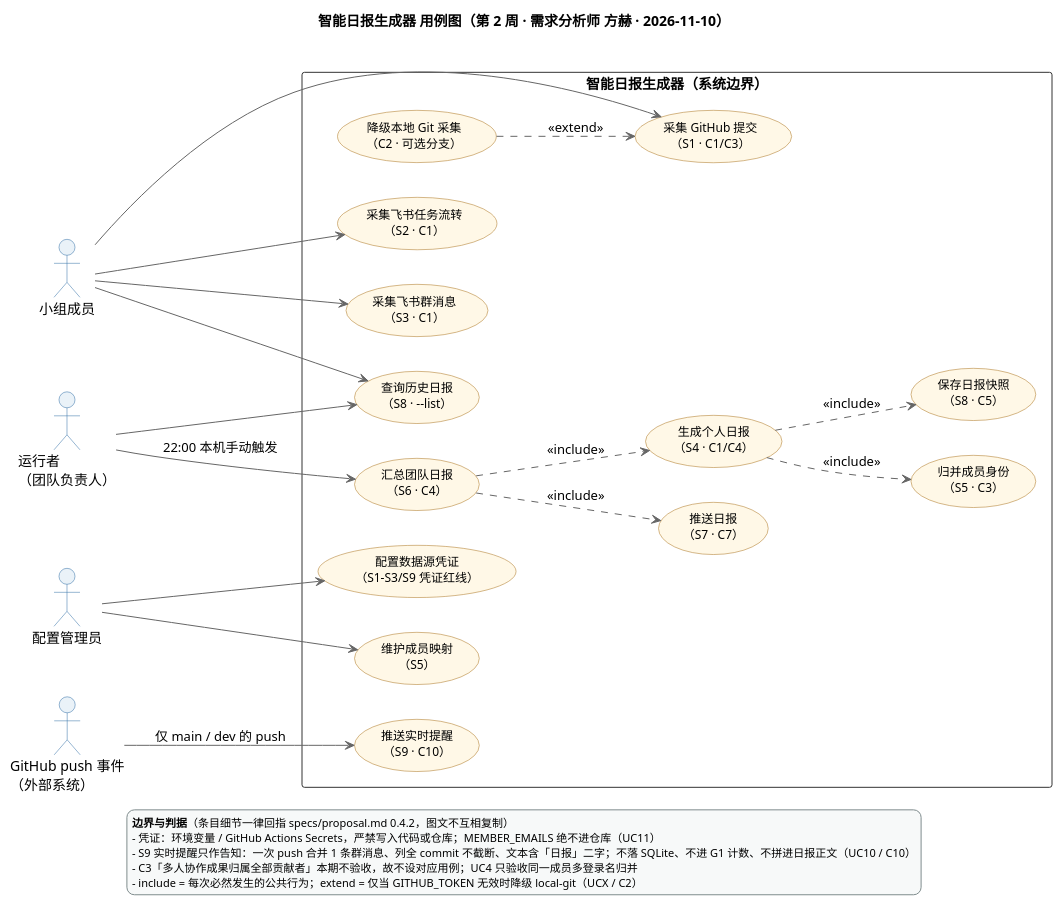
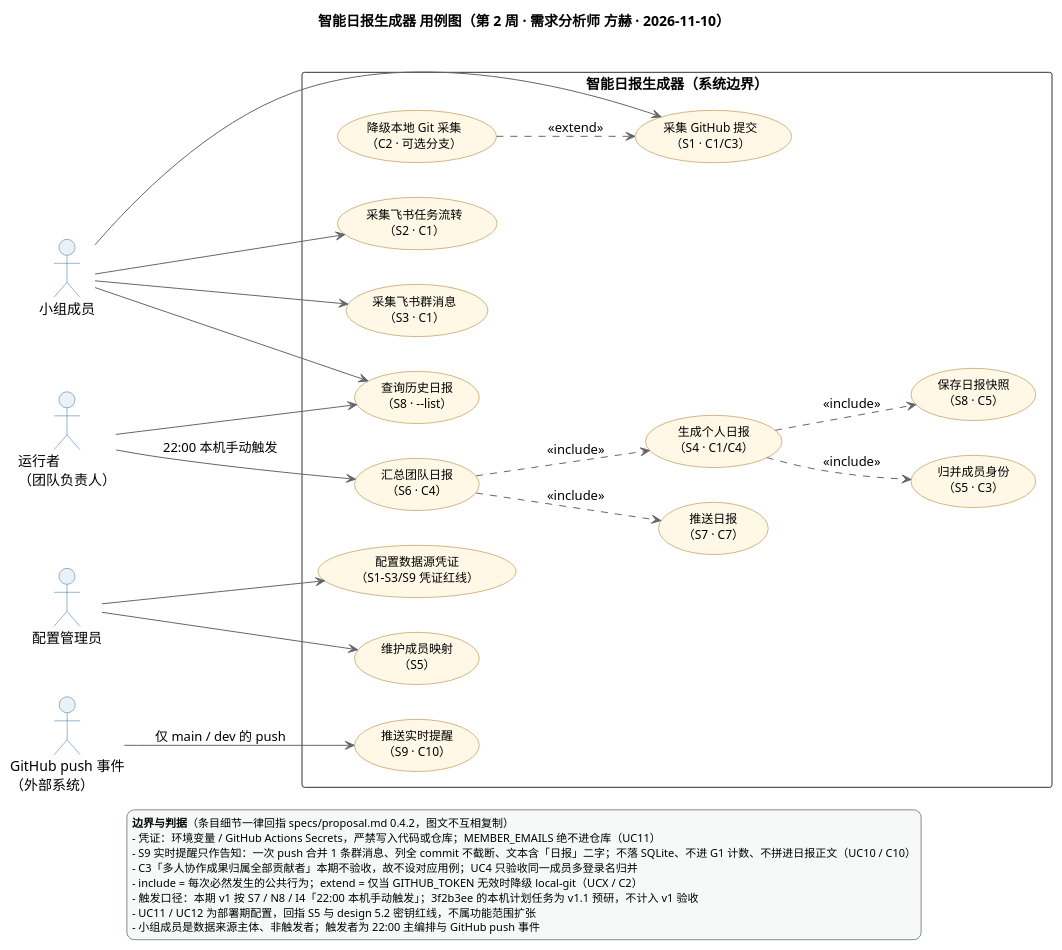
Before and after one commit to onetwothree-go/smart-daily: the diagram in docs/uml/用例图-智能日报生成器.puml, drawn with PlantUML. The commit also changed 13 other files, not shown here.

```diff
--- a/docs/uml/用例图-智能日报生成器.puml
+++ b/docs/uml/用例图-智能日报生成器.puml
@@ -1,89 +1,92 @@
 @startuml 智能日报生成器-用例图
 ' ============================================================
 ' 智能日报生成器 · 用例图（2026-11-10 重画版，需求分析师：方赫）
 ' 事实源：specs/proposal.md 0.4.2 的 S1–S9 / C1–C10
 ' 红队自检（附录 A）：
 '   1) 用例名一律「动词 + 名词」；
 '   2) include = 必然发生的公共行为，extend = 有触发条件的可选分支；
 '   3) 每个用例都能追溯到 proposal 范围条目，无孤立用例。
 ' 与旧图的差异：
 '   - 删除「归属协作成果」：C3 明确「多人协作成果归属全部贡献者」本期不验收，属范围蔓延；
 '   - 新增「推送实时提醒」(S9/C10)、「保存日报快照」(S8/C5)、「归并成员身份」(S5/C3)；
 '   - 新增外部系统参与者 GitHub push 事件（S9 由 Actions 事件驱动，非人触发）；
 '   - 新增 extend 分支「降级本地 Git 采集」(C2)。
 ' ============================================================
 title 智能日报生成器 用例图（第 2 周 · 需求分析师 方赫 · 2026-11-10）
 left to right direction
 skinparam defaultFontName "Microsoft YaHei"
 skinparam packageStyle rectangle
 skinparam shadowing false
 skinparam usecase {
   BackgroundColor #FFF8E7
   BorderColor #A9711B
   ArrowColor #666666
   FontSize 12
 }
 skinparam actor {
   BackgroundColor #EAF2F8
   BorderColor #2E6DA4
 }
 skinparam rectangle {
   BorderColor #333333
   FontSize 14
 }
 skinparam legend {
   BackgroundColor #F7F9F9
   BorderColor #7F8C8D
   FontSize 11
 }
 
 actor "小组成员" as Member
 actor "运行者\n（团队负责人）" as Operator
 actor "配置管理员" as Admin
 actor "GitHub push 事件\n（外部系统）" as GH
 
 rectangle "智能日报生成器（系统边界）" {
   usecase "采集 GitHub 提交\n（S1 · C1/C3）" as UC1
   usecase "降级本地 Git 采集\n（C2 · 可选分支）" as UCX
   usecase "采集飞书任务流转\n（S2 · C1）" as UC2
   usecase "采集飞书群消息\n（S3 · C1）" as UC3
   usecase "查询历史日报\n（S8 · --list）" as UC8
   usecase "生成个人日报\n（S4 · C1/C4）" as UC5
   usecase "归并成员身份\n（S5 · C3）" as UC4
   usecase "保存日报快照\n（S8 · C5）" as UC7
   usecase "汇总团队日报\n（S6 · C4）" as UC6
   usecase "推送日报\n（S7 · C7）" as UC9
   usecase "推送实时提醒\n（S9 · C10）" as UC10
   usecase "配置数据源凭证\n（S1–S3/S9 凭证红线）" as UC11
   usecase "维护成员映射\n（S5）" as UC12
 }
 
 ' ---- 参与者关联 ----
 Member --> UC1
 Member --> UC2
 Member --> UC3
 Member --> UC8
 Operator --> UC6 : 22:00 本机手动触发
 Operator --> UC8
 Admin --> UC11
 Admin --> UC12
 GH --> UC10 : 仅 main / dev 的 push
 
 ' ---- include：必然发生 ----
 UC5 ..> UC4 : <<include>>
 UC5 ..> UC7 : <<include>>
 UC6 ..> UC5 : <<include>>
 UC6 ..> UC9 : <<include>>
 
 ' ---- extend：满足触发条件才发生 ----
 UCX ..> UC1 : <<extend>>
 
 legend bottom
   <b>边界与判据</b>（条目细节一律回指 specs/proposal.md 0.4.2，图文不互相复制）
   - 凭证：环境变量 / GitHub Actions Secrets，严禁写入代码或仓库；MEMBER_EMAILS 绝不进仓库（UC11）
   - S9 实时提醒只作告知：一次 push 合并 1 条群消息、列全 commit 不截断、文本含「日报」二字；不落 SQLite、不进 G1 计数、不拼进日报正文（UC10 / C10）
   - C3「多人协作成果归属全部贡献者」本期不验收，故不设对应用例；UC4 只验收同一成员多登录名归并
   - include = 每次必然发生的公共行为；extend = 仅当 GITHUB_TOKEN 无效时降级 local-git（UCX / C2）
+  - 触发口径：本期 v1 按 S7 / N8 / I4「22:00 本机手动触发」；3f2b3ee 的本机计划任务为 v1.1 预研，不计入 v1 验收
+  - UC11 / UC12 为部署期配置，回指 S5 与 design 5.2 密钥红线，不属功能范围扩张
+  - 小组成员是数据来源主体、非触发者；触发者为 22:00 主编排与 GitHub push 事件
 endlegend
 
 @enduml
```
